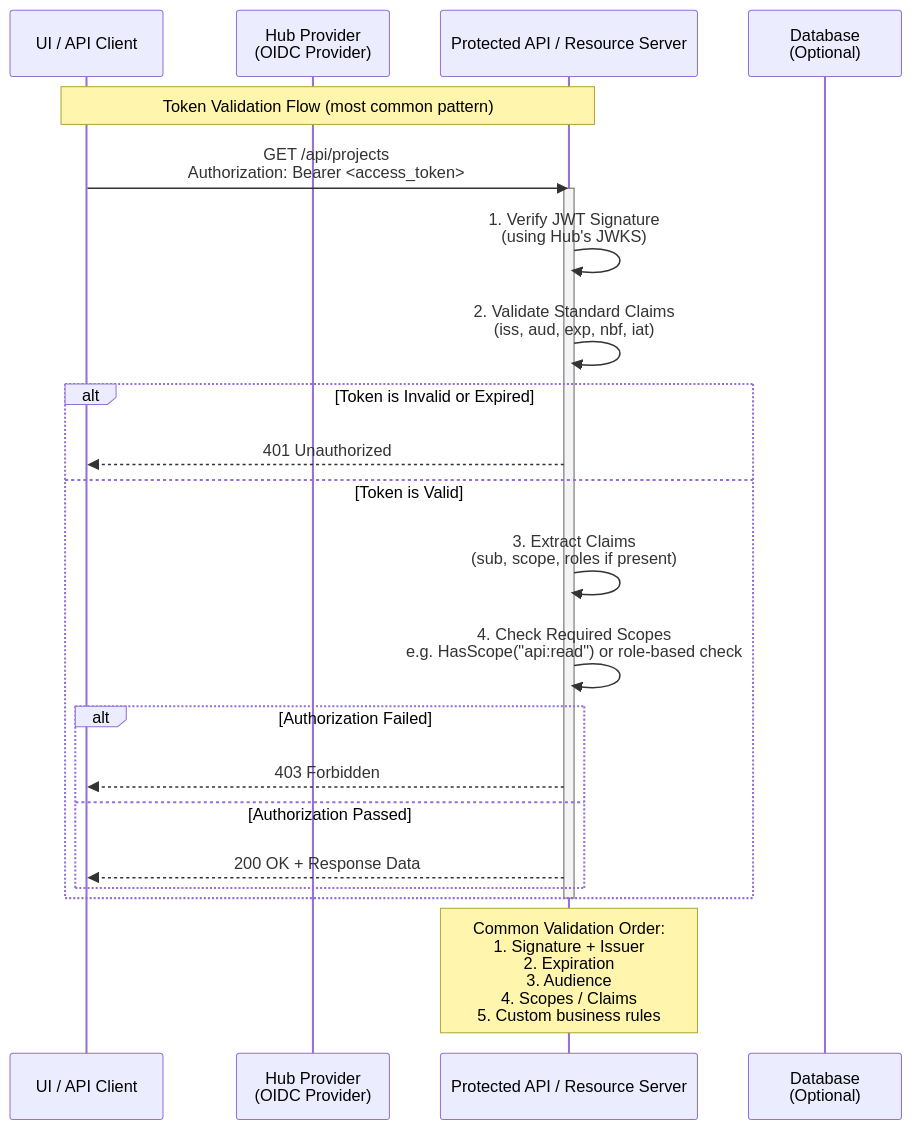
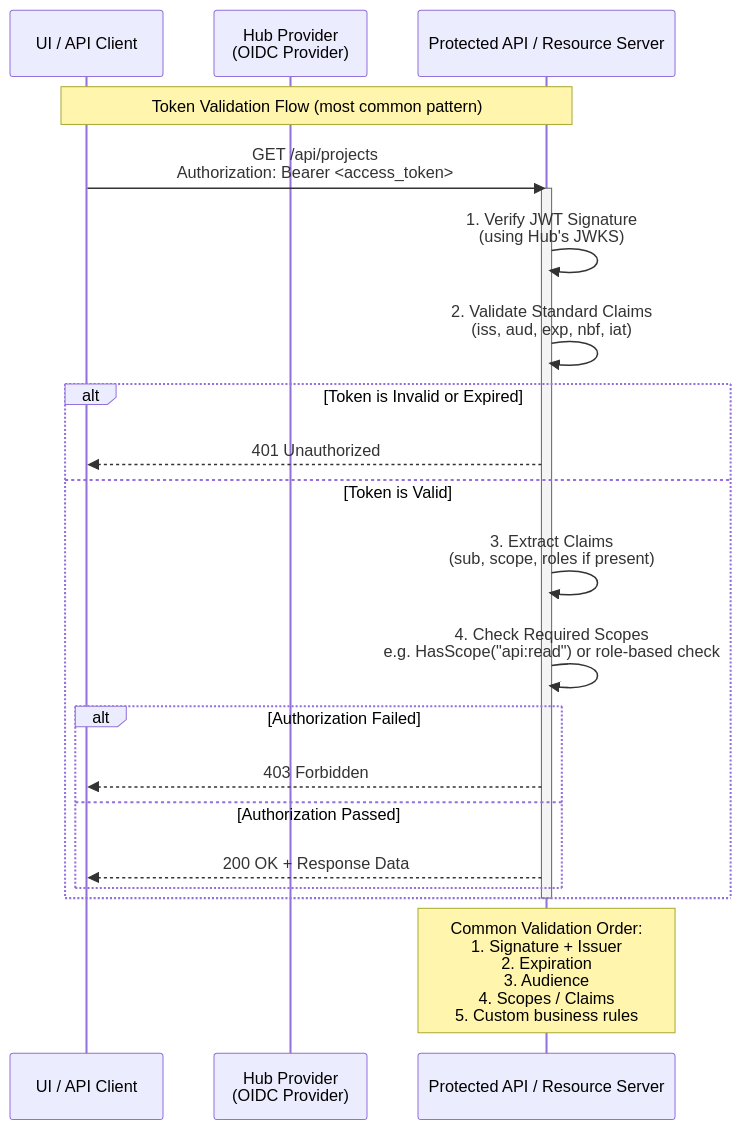
The fourth of 5 diagrams in enhancements/hub-oidc-provider/README.md (konveyor/enhancements), drawn with Mermaid before and after one commit.

Commit message:
checkpoint

````diff
--- a/enhancements/hub-oidc-provider/README.md
+++ b/enhancements/hub-oidc-provider/README.md
@@ -268,31 +268,30 @@
 ```mermaid
 sequenceDiagram
     participant UI as UI / API Client
     participant Hub as Hub Provider<br>(OIDC Provider)
     participant ProtectedAPI as Protected API / Resource Server
-    participant DB as Database<br>(Optional)
 
     Note over UI,ProtectedAPI: Token Validation Flow (most common pattern)
 
     UI->>ProtectedAPI: GET /api/projects<br>Authorization: Bearer <access_token>
     activate ProtectedAPI
 
     ProtectedAPI->>ProtectedAPI: 1. Verify JWT Signature<br>(using Hub's JWKS)
     ProtectedAPI->>ProtectedAPI: 2. Validate Standard Claims<br>(iss, aud, exp, nbf, iat)
 
     alt Token is Invalid or Expired
         ProtectedAPI-->>UI: 401 Unauthorized
     else Token is Valid
         ProtectedAPI->>ProtectedAPI: 3. Extract Claims<br>(sub, scope, roles if present)
         ProtectedAPI->>ProtectedAPI: 4. Check Required Scopes<br>e.g. HasScope("api:read") or role-based check
         alt Authorization Failed
             ProtectedAPI-->>UI: 403 Forbidden
         else Authorization Passed
             ProtectedAPI-->>UI: 200 OK + Response Data
         end
     end
 
     deactivate ProtectedAPI
 
     Note over ProtectedAPI: Common Validation Order:<br>1. Signature + Issuer<br>2. Expiration<br>3. Audience<br>4. Scopes / Claims<br>5. Custom business rules
 ```
````
